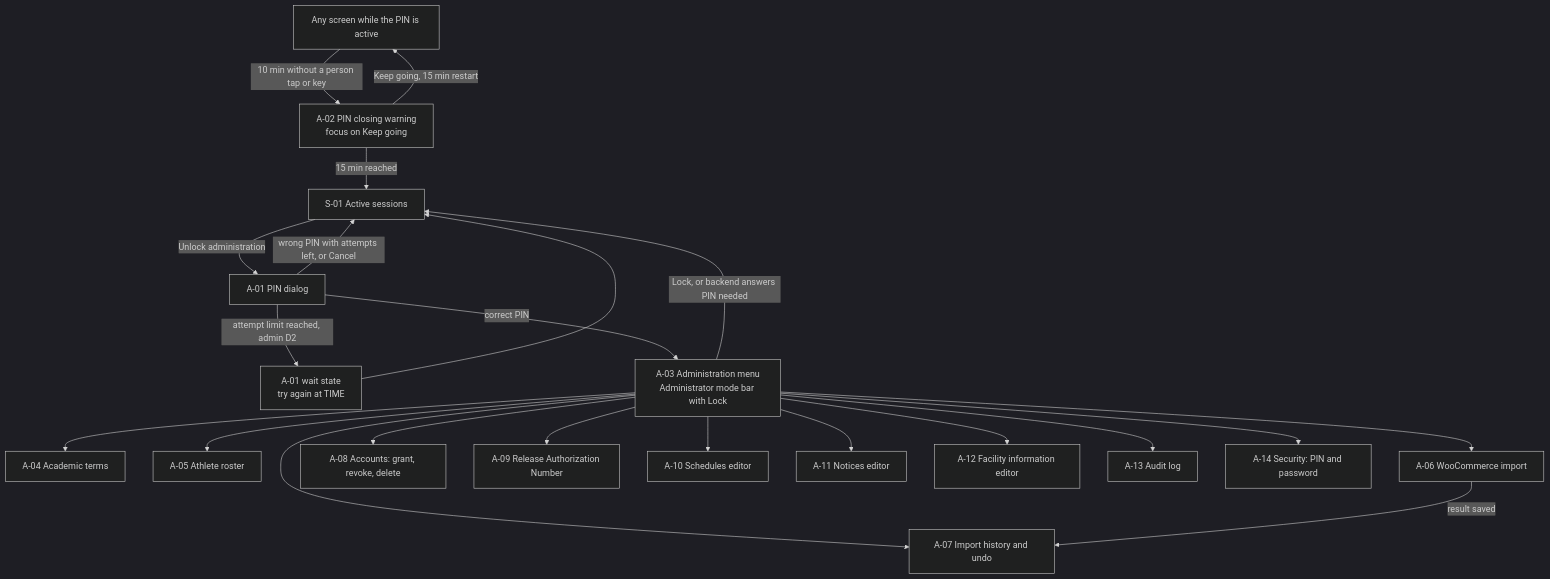
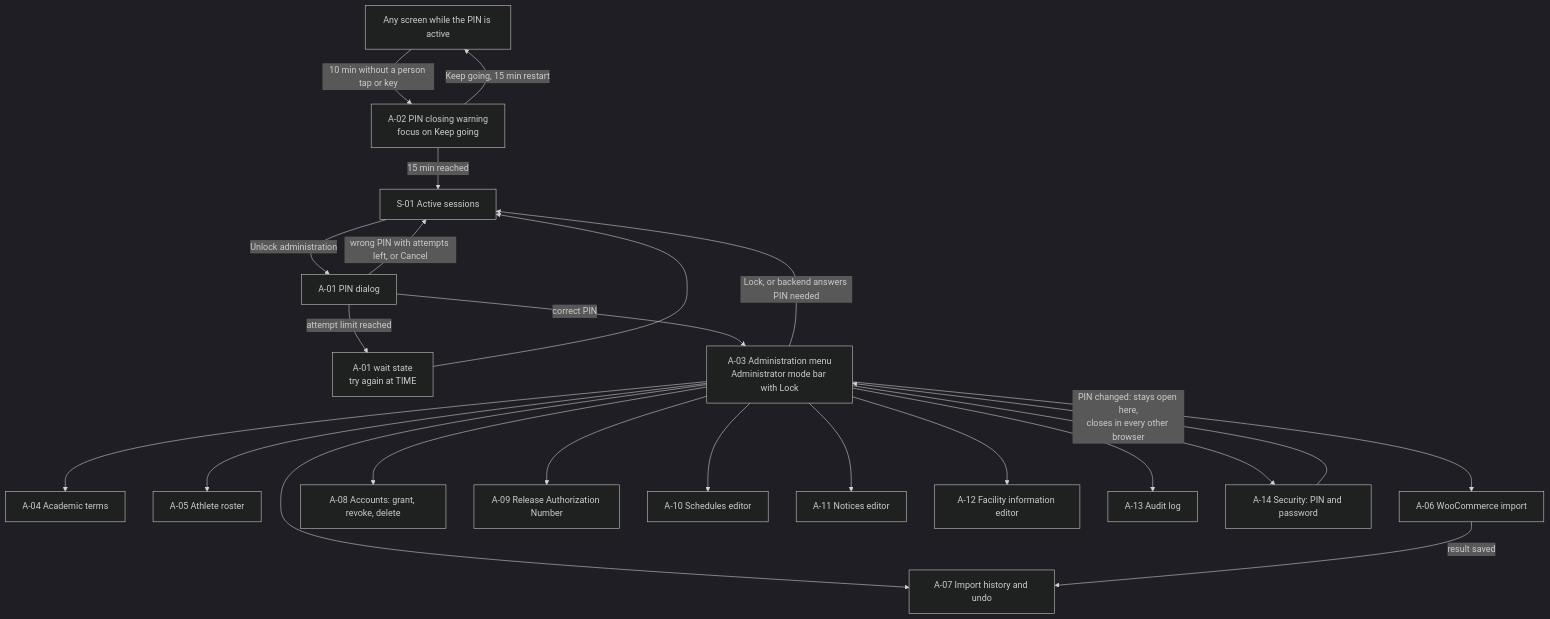
One commit to Th3-Minorities/natatorio-gym-app changed the fifth of 7 diagrams in docs/design/screen-map.md. Above: the diagram before and after it, drawn with Mermaid (dark theme). The commit also changed other lines of this file, not shown here.

````diff
--- a/docs/design/screen-map.md
+++ b/docs/design/screen-map.md
@@ -117,24 +148,25 @@
 ```mermaid
 flowchart TD
   S01["S-01 Active sessions"] -->|"Unlock administration"| A01["A-01 PIN dialog"]
   A01 -->|"wrong PIN with attempts left, or Cancel"| S01
-  A01 -->|"attempt limit reached, admin D2"| W["A-01 wait state<br/>try again at TIME"]
+  A01 -->|"attempt limit reached"| W["A-01 wait state<br/>try again at TIME"]
   W --> S01
   A01 -->|"correct PIN"| A03["A-03 Administration menu<br/>Administrator mode bar with Lock"]
   A03 --> A04["A-04 Academic terms"]
   A03 --> A05["A-05 Athlete roster"]
   A03 --> A06["A-06 WooCommerce import"]
   A03 --> A07["A-07 Import history and undo"]
   A03 --> A08["A-08 Accounts: grant, revoke, delete"]
   A03 --> A09["A-09 Release Authorization Number"]
   A03 --> A10["A-10 Schedules editor"]
   A03 --> A11["A-11 Notices editor"]
   A03 --> A12["A-12 Facility information editor"]
   A03 --> A13["A-13 Audit log"]
   A03 --> A14["A-14 Security: PIN and password"]
   A06 -->|"result saved"| A07
+  A14 -->|"PIN changed: stays open here,<br/>closes in every other browser"| A03
   ANY["Any screen while the PIN is active"] -->|"10 min without a person tap or key"| A02["A-02 PIN closing warning<br/>focus on Keep going"]
   A02 -->|"Keep going, 15 min restart"| ANY
   A02 -->|"15 min reached"| S01
   A03 -->|"Lock, or backend answers PIN needed"| S01
 ```
````
